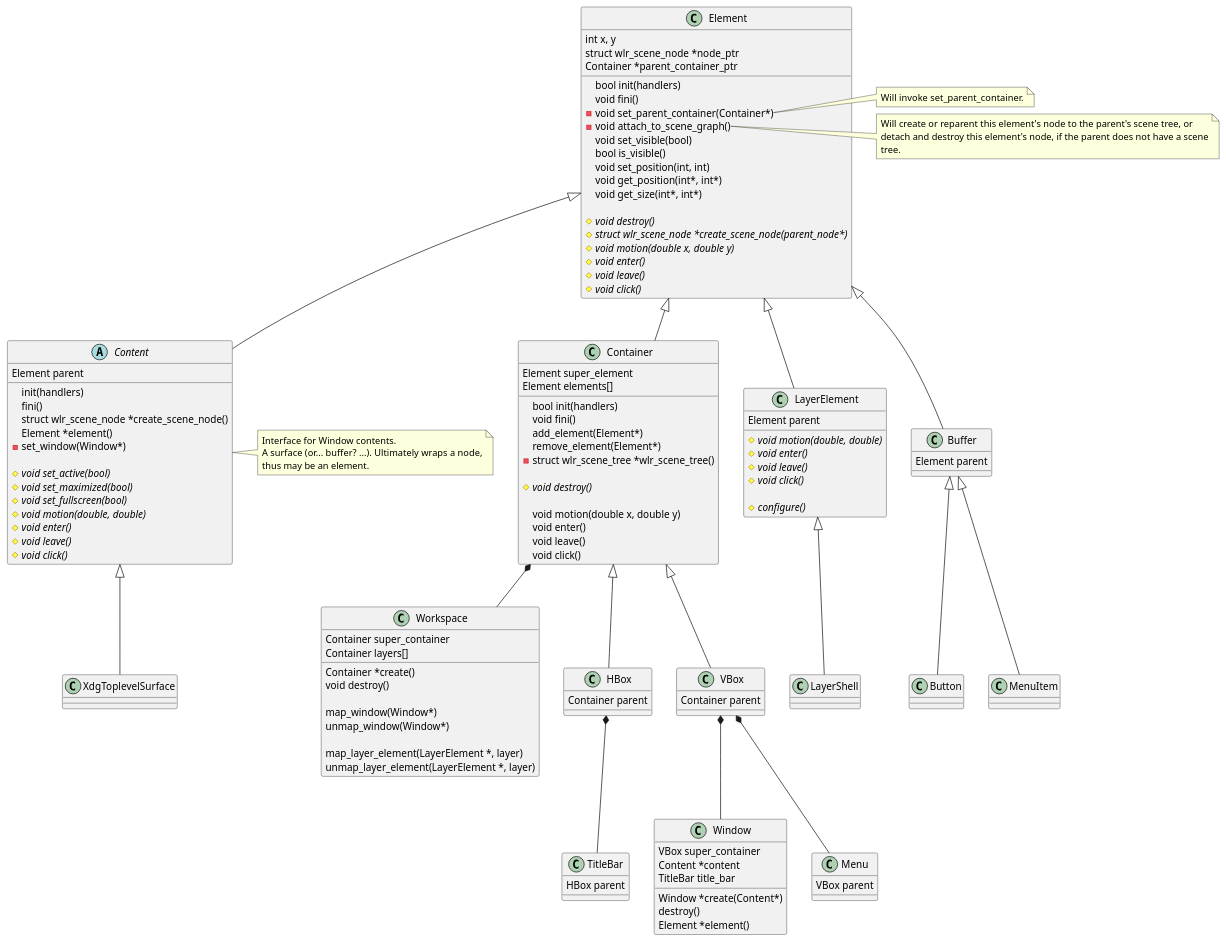
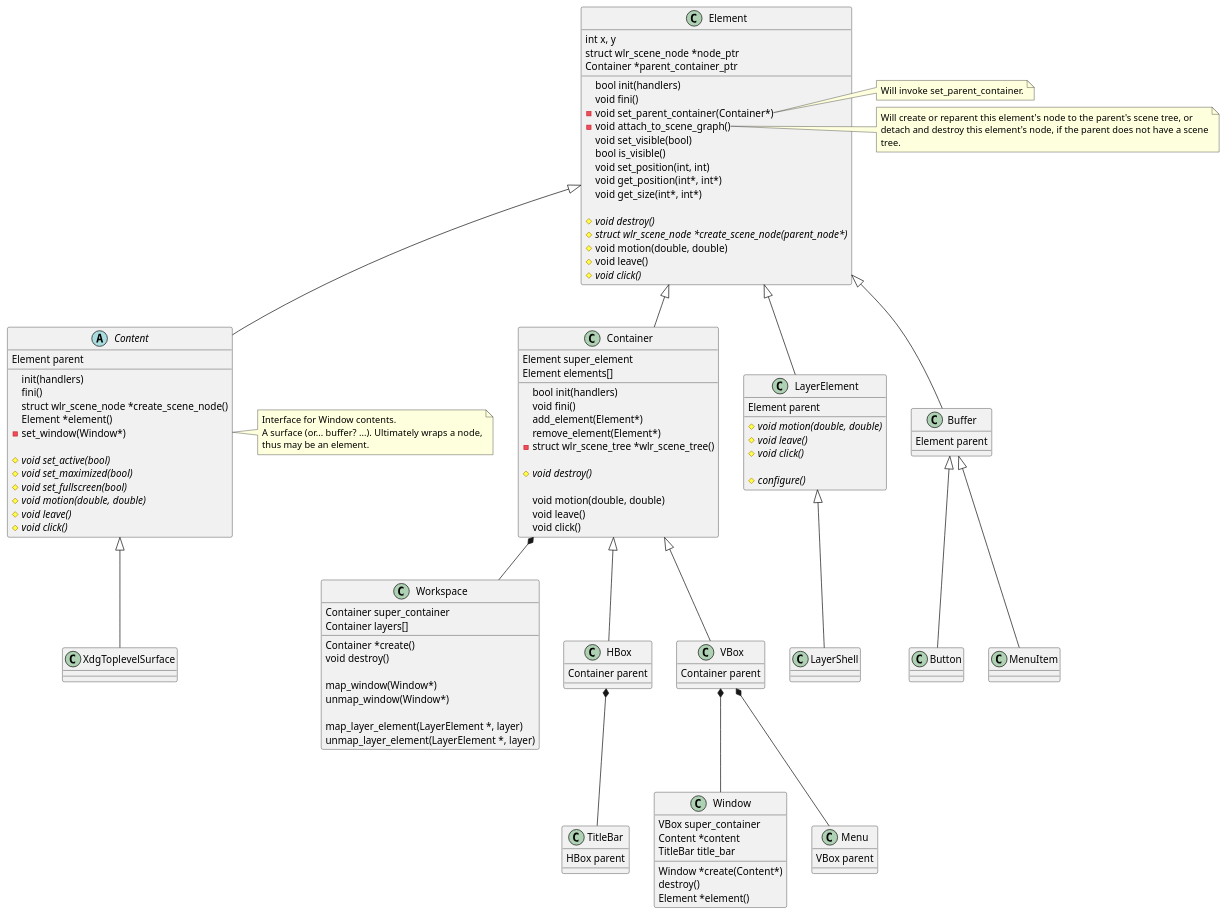
One commit to phkaeser/wlmaker changed the first of 2 diagrams in src/toolkit/toolkit.md. Above: the diagram before and after it, drawn with PlantUML. The commit also changed 2 other files, not shown here.

Commit message:
Adds 'leave' method and a few minor fixes.

```diff
--- a/src/toolkit/toolkit.md
+++ b/src/toolkit/toolkit.md
@@ -40,9 +40,8 @@
 
   {abstract}#void destroy()
   {abstract}#struct wlr_scene_node *create_scene_node(parent_node*)
-  {abstract}#void motion(double x, double y)
-  {abstract}#void enter()
-  {abstract}#void leave()
+  #void motion(double, double)
+  #void leave()
   {abstract}#void click()
 }
 note right of Element::"set_parent_container(Container*)"
@@ -66,8 +65,7 @@
 
   {abstract}#void destroy()
 
-  void motion(double x, double y)
-  void enter()
+  void motion(double, double)
   void leave()
   void click()
 }
@@ -116,7 +114,6 @@
   {abstract}#void set_maximized(bool)
   {abstract}#void set_fullscreen(bool)
   {abstract}#void motion(double, double)
-  {abstract}#void enter()
   {abstract}#void leave()
   {abstract}#void click()
 }
@@ -131,7 +128,6 @@
   Element parent
 
   {abstract}#void motion(double, double)
-  {abstract}#void enter()
   {abstract}#void leave()
   {abstract}#void click()
 
```
